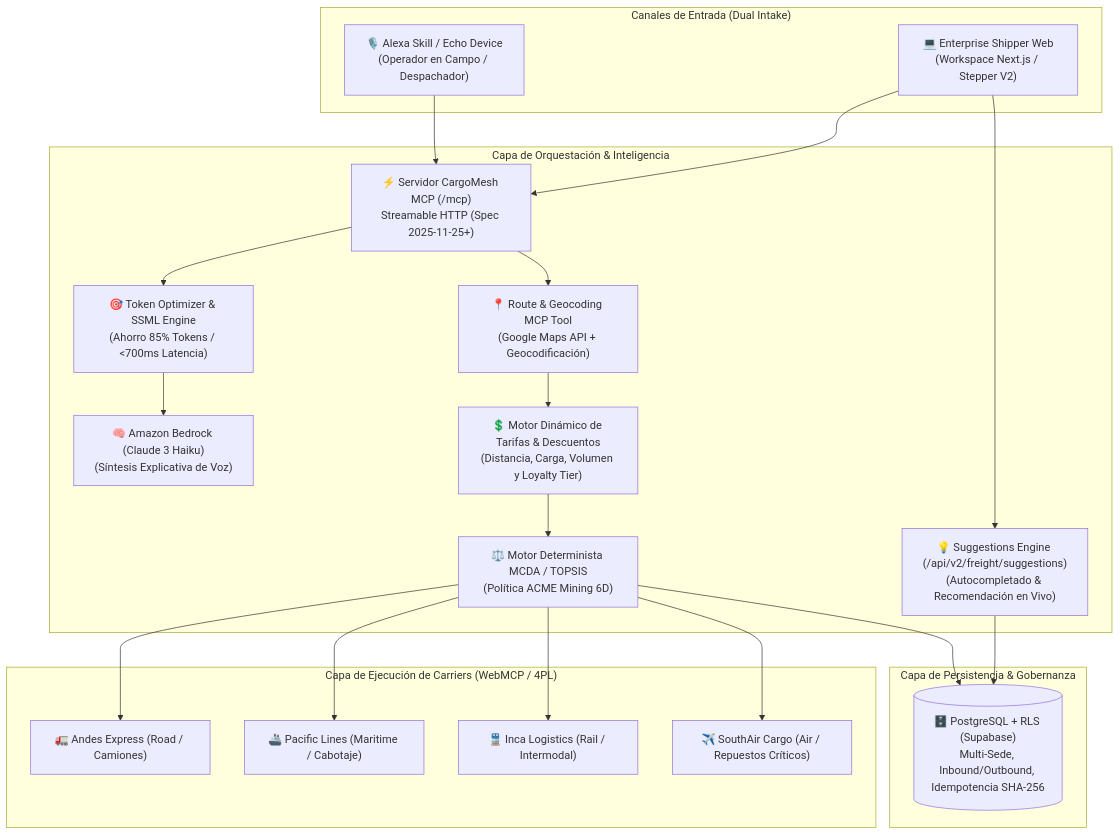
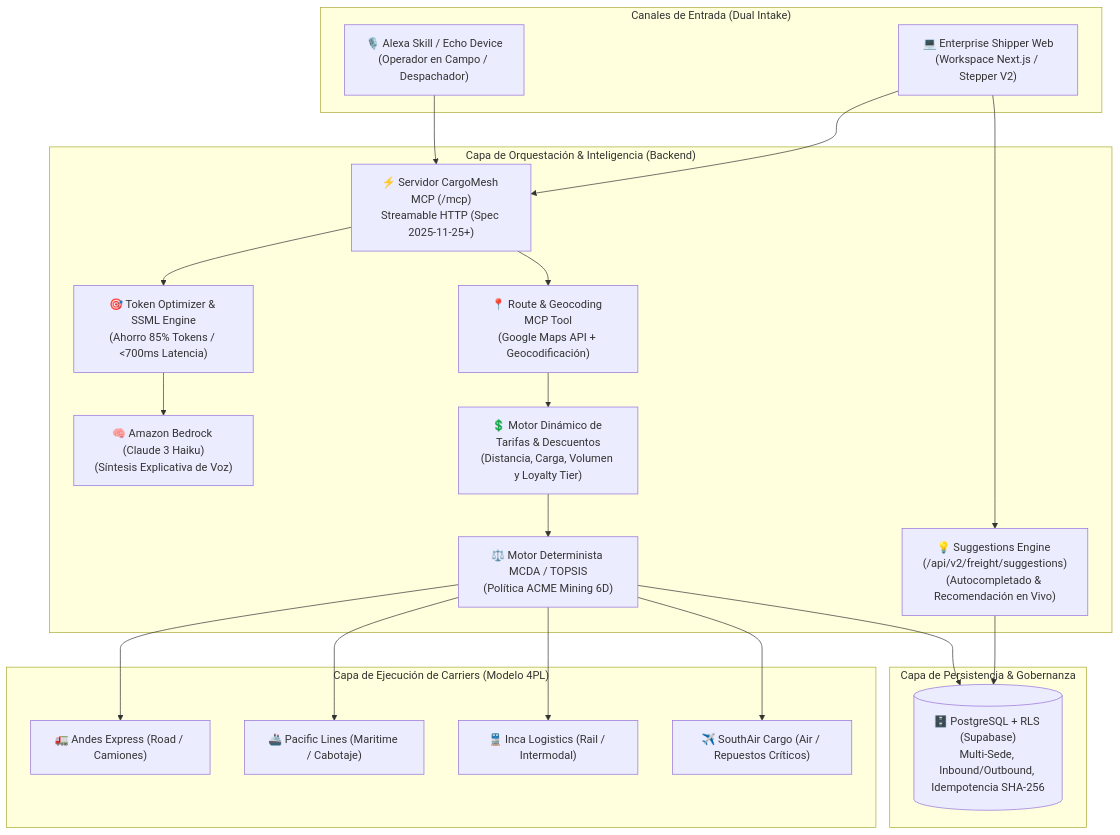
Before and after one commit to Chujutak2024/cargomesh: the first of 4 diagrams in docs/architecture-v2/CARGOMESH_V2_EVOLUTION_BLUEPRINT.md, drawn with Mermaid. The commit also changed other lines of this file, not shown here.

Commit message:
docs(blueprint): add Alexa MCP official protocol, dynamic multi-city routing, and 5-hole jury defense

````diff
--- a/docs/architecture-v2/CARGOMESH_V2_EVOLUTION_BLUEPRINT.md
+++ b/docs/architecture-v2/CARGOMESH_V2_EVOLUTION_BLUEPRINT.md
@@ -9,43 +14,43 @@
 ```mermaid
 graph TD
     subgraph "Canales de Entrada (Dual Intake)"
         ALEXA["🎙️ Alexa Skill / Echo Device<br>(Operador en Campo / Despachador)"]
         WEB["💻 Enterprise Shipper Web<br>(Workspace Next.js / Stepper V2)"]
     end
 
-    subgraph "Capa de Orquestación & Inteligencia"
+    subgraph "Capa de Orquestación & Inteligencia (Backend)"
         MCP["⚡ Servidor CargoMesh MCP (/mcp)<br>Streamable HTTP (Spec 2025-11-25+)"]
         TOKEN_OPT["🎯 Token Optimizer & SSML Engine<br>(Ahorro 85% Tokens / <700ms Latencia)"]
         ROUTING_MCP["📍 Route & Geocoding MCP Tool<br>(Google Maps API + Geocodificación)"]
         SUGGEST_API["💡 Suggestions Engine (/api/v2/freight/suggestions)<br>(Autocompletado & Recomendación en Vivo)"]
         PRICING_ENGINE["💲 Motor Dinámico de Tarifas & Descuentos<br>(Distancia, Carga, Volumen y Loyalty Tier)"]
         MCDA["⚖️ Motor Determinista MCDA / TOPSIS<br>(Política ACME Mining 6D)"]
         BEDROCK["🧠 Amazon Bedrock (Claude 3 Haiku)<br>(Síntesis Explicativa de Voz)"]
     end
 
-    subgraph "Capa de Ejecución de Carriers (WebMCP / 4PL)"
+    subgraph "Capa de Ejecución de Carriers (Modelo 4PL)"
         ANDES["🚛 Andes Express (Road / Camiones)"]
         PACIFIC["🚢 Pacific Lines (Maritime / Cabotaje)"]
         INCA["🚆 Inca Logistics (Rail / Intermodal)"]
         AIR["✈️ SouthAir Cargo (Air / Repuestos Críticos)"]
     end
 
     subgraph "Capa de Persistencia & Gobernanza"
         DB[("🗄️ PostgreSQL + RLS (Supabase)<br>Multi-Sede, Inbound/Outbound, Idempotencia SHA-256")]
     end
 
     ALEXA --> MCP
     WEB --> MCP
     MCP --> TOKEN_OPT
     TOKEN_OPT --> BEDROCK
     MCP --> ROUTING_MCP
     WEB --> SUGGEST_API
     ROUTING_MCP --> PRICING_ENGINE
     PRICING_ENGINE --> MCDA
     SUGGEST_API --> DB
     MCDA --> ANDES
     MCDA --> PACIFIC
     MCDA --> INCA
     MCDA --> AIR
     MCDA --> DB
 ```
````
